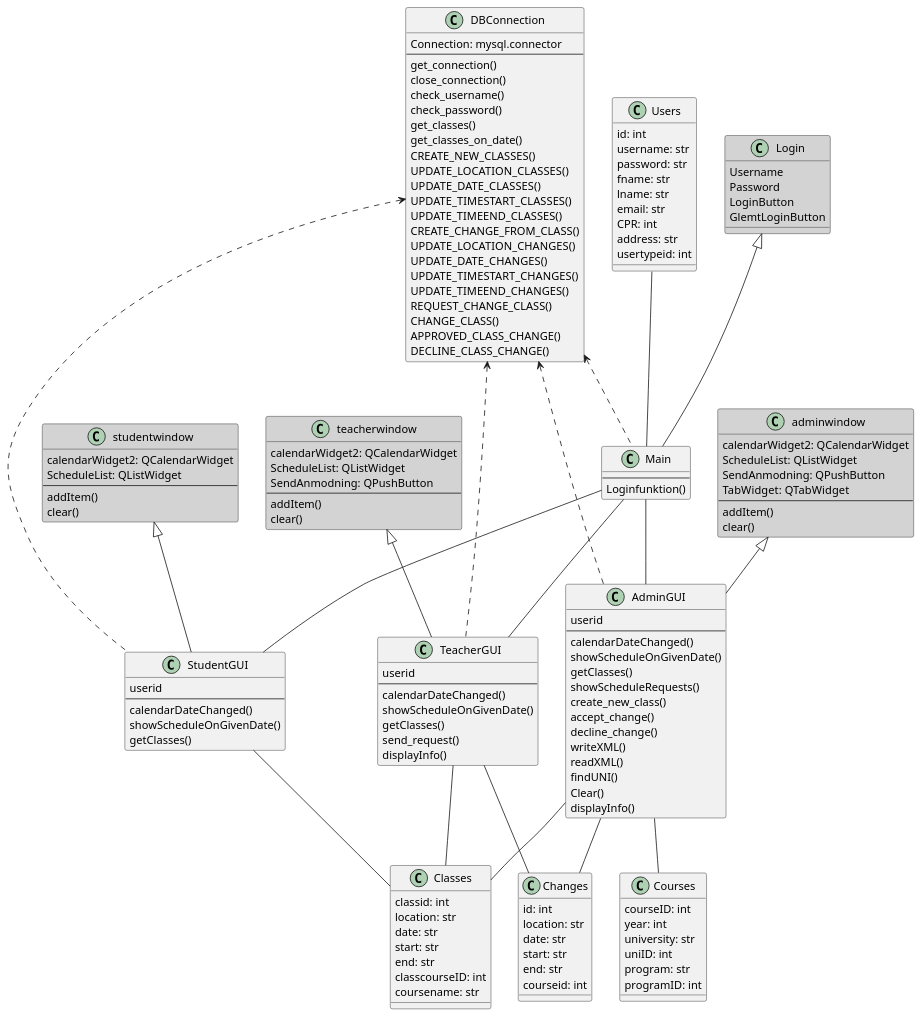
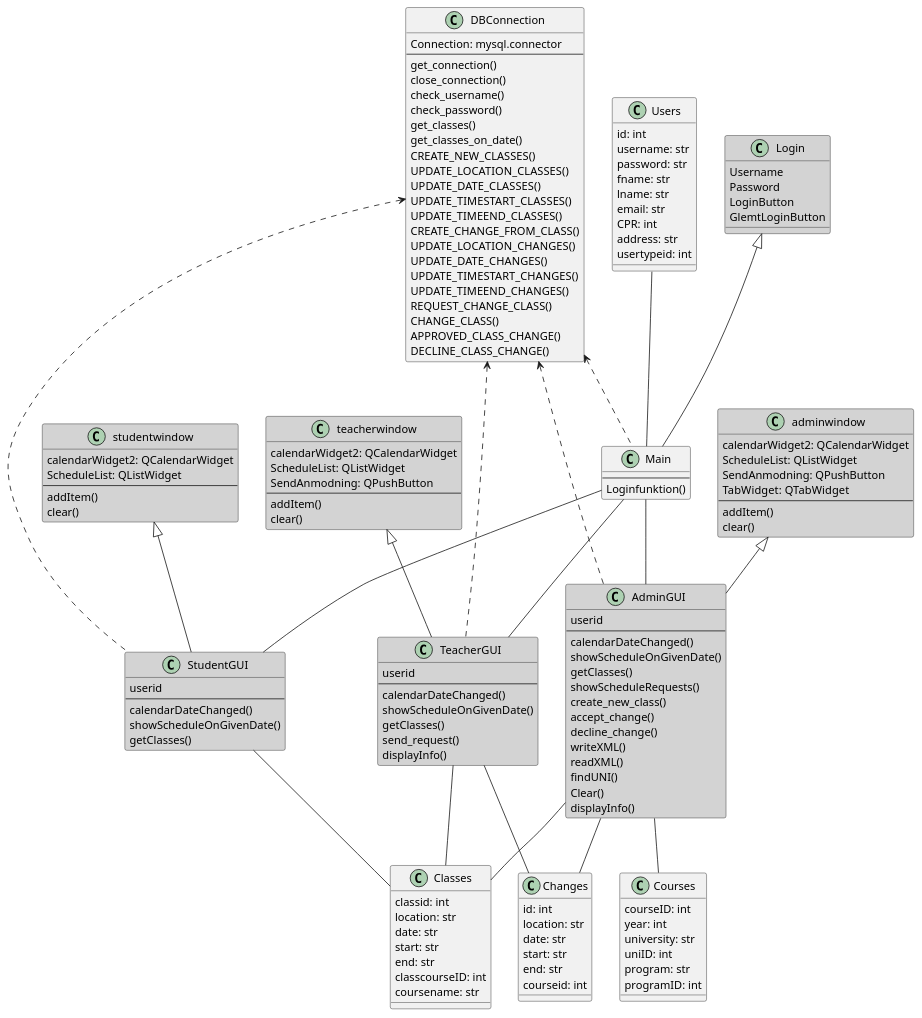
The diagram in Diagrams/ClassDiagram.puml (MadsSchroder/Systemudvikling-Eksamen-KU), drawn with PlantUML before and after one commit. The commit also changed 5 other files, not shown here.

```diff
--- a/Diagrams/ClassDiagram.puml
+++ b/Diagrams/ClassDiagram.puml
@@ -1,150 +1,150 @@
 @startuml
 Users -- Main
 Main -- StudentGUI
 Main -- TeacherGUI
 Main -- AdminGUI
 Login <|-- Main
 adminwindow <|-- AdminGUI
 studentwindow <|-- StudentGUI
 teacherwindow <|-- TeacherGUI
 DBConnection <.. Main
 DBConnection <.. StudentGUI
 DBConnection <.. TeacherGUI
 DBConnection <.. AdminGUI
 StudentGUI -- Classes
 TeacherGUI -- Classes
 AdminGUI -- Classes
 TeacherGUI -- Changes
 AdminGUI -- Changes
 AdminGUI -- Courses
 
 
 class Users{
     id: int
     username: str
     password: str
     fname: str
     lname: str
     email: str
     CPR: int
     address: str
     usertypeid: int
     }
 class Main{
     --
     Loginfunktion()
     }
 class DBConnection{
     Connection: mysql.connector
     --
     get_connection()
     close_connection()
     check_username()
     check_password()
     get_classes()
     get_classes_on_date()
     CREATE_NEW_CLASSES()
     UPDATE_LOCATION_CLASSES()
     UPDATE_DATE_CLASSES()
     UPDATE_TIMESTART_CLASSES()
     UPDATE_TIMEEND_CLASSES()
     CREATE_CHANGE_FROM_CLASS()
     UPDATE_LOCATION_CHANGES()
     UPDATE_DATE_CHANGES()
     UPDATE_TIMESTART_CHANGES()
     UPDATE_TIMEEND_CHANGES()
     REQUEST_CHANGE_CLASS()
     CHANGE_CLASS()
     APPROVED_CLASS_CHANGE()
     DECLINE_CLASS_CHANGE()
     }
-class StudentGUI{
+class StudentGUI #lightgray{
     userid
     --
     calendarDateChanged()
     showScheduleOnGivenDate()
     getClasses()
     }
-class AdminGUI{
+class AdminGUI #lightgray{
     userid
     --
     calendarDateChanged()
     showScheduleOnGivenDate()
     getClasses()
     showScheduleRequests()
     create_new_class()
     accept_change()
     decline_change()
     writeXML()
     readXML()
     findUNI()
     Clear()
     displayInfo()
     }
-class TeacherGUI{
+class TeacherGUI #lightgray{
     userid
     --
     calendarDateChanged()
     showScheduleOnGivenDate()
     getClasses()
     send_request()
     displayInfo()
     }
 class Classes{
     classid: int
     location: str
     date: str
     start: str
     end: str
     classcourseID: int
     coursename: str
     }
 class Courses{
     courseID: int
     year: int
     university: str
     uniID: int
     program: str
     programID: int
     }
 class Changes{
     id: int
     location: str
     date: str
     start: str
     end: str
     courseid: int
 
     }
 class Login #lightgray{
     Username
     Password
     LoginButton
     GlemtLoginButton
     }
 class adminwindow #lightgray{
     calendarWidget2: QCalendarWidget
     ScheduleList: QListWidget
     SendAnmodning: QPushButton
     TabWidget: QTabWidget
     --
     addItem()
     clear()
     }
 class studentwindow #lightgray{
     calendarWidget2: QCalendarWidget
     ScheduleList: QListWidget
     --
     addItem()
     clear()
     }
 class teacherwindow #lightgray{
     calendarWidget2: QCalendarWidget
     ScheduleList: QListWidget
     SendAnmodning: QPushButton
     --
     addItem()
     clear()
     }
 
 @enduml
```
